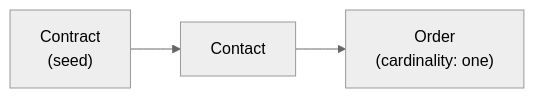
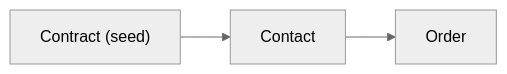
Before and after one commit to epilot-dev/docs: the diagram in docs/automation/entity-mapping.md, drawn with Mermaid (neutral theme). The commit also changed other lines of this file, not shown here.

````diff
--- a/docs/automation/entity-mapping.md
+++ b/docs/automation/entity-mapping.md
@@ -294,5 +294,5 @@
 ```mermaid
 flowchart LR
-    Contract["Contract\n(seed)"] --> Contact["Contact"]
-    Contact --> Order["Order\n(cardinality: one)"]
+    Contract["Contract (seed)"] --> Contact["Contact"]
+    Contact --> Order["Order"]
 ```
````
